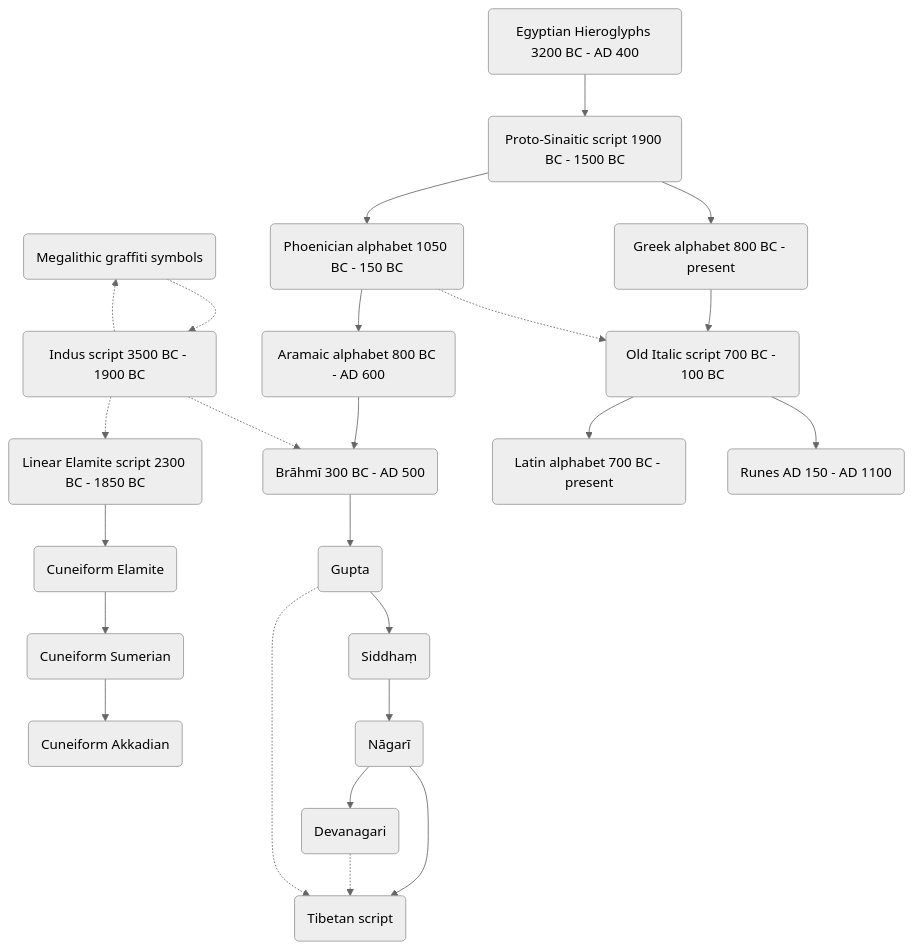
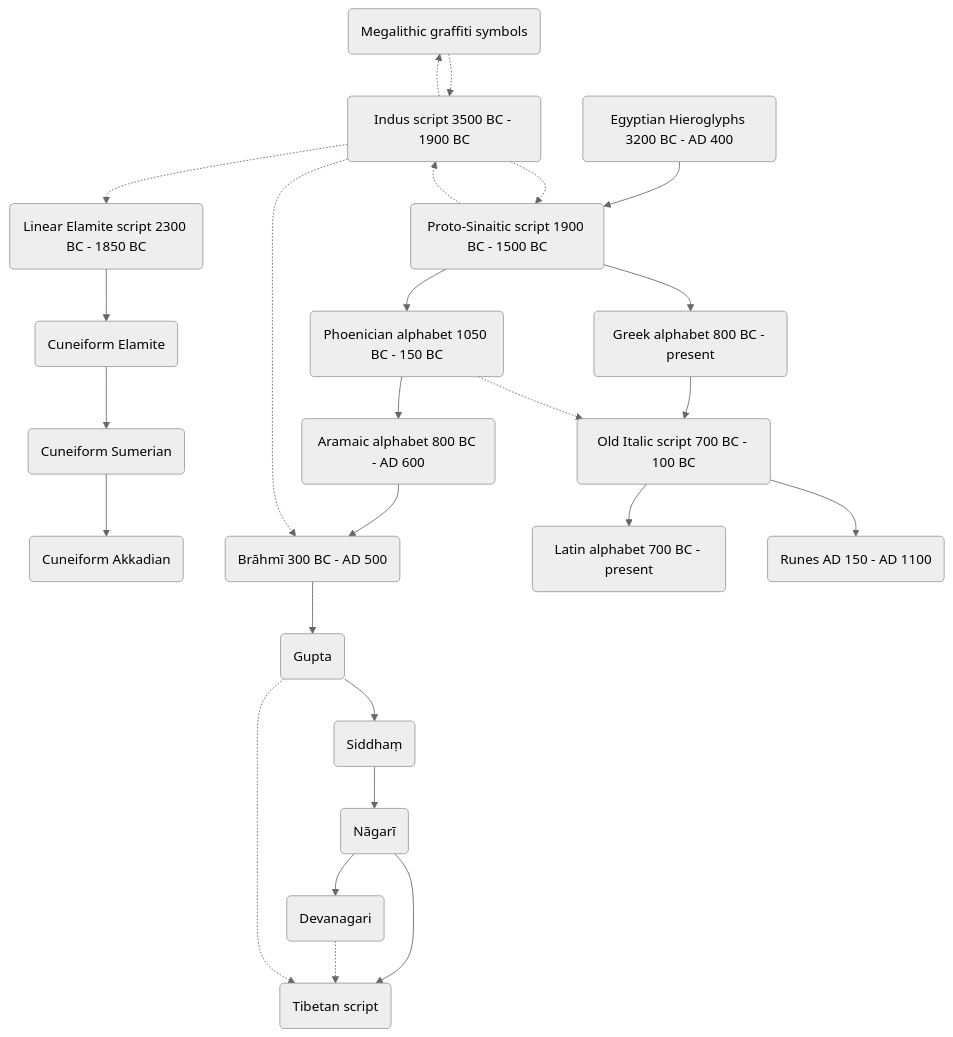
One commit to DigitalTibetan/DigitalTibetan changed the first of 4 diagrams in docs/tibetan_script_history.md. Above: the diagram before and after it, drawn with Mermaid (neutral theme). The commit also changed other lines of this file, not shown here.

````diff
--- a/docs/tibetan_script_history.md
+++ b/docs/tibetan_script_history.md
@@ -59,27 +68,29 @@
-```{mermaid}
+```mermaid
 graph TD;  
 BA(Megalithic graffiti symbols)-.->BB(Indus script 3500 BC - 1900 BC);
 
 CA(Linear Elamite script 2300 BC - 1850 BC)-->CB(Cuneiform Elamite);
 CB-->CD(Cuneiform Sumerian);
 CD-->CE(Cuneiform Akkadian);
 L0A(Egyptian Hieroglyphs 3200 BC - AD 400<br>)-->LA(Proto-Sinaitic script 1900 BC - 1500 BC);
 LA-->LB(Phoenician alphabet 1050 BC - 150 BC);
 LB-->LC(Aramaic alphabet 800 BC - AD 600);
 LC-->LD(Brāhmī 300 BC - AD 500);
 LD-->LE(Gupta);
 LE-->LF(Siddhaṃ);
 LF-->LG(Nāgarī);
 LG-->LH(Devanagari);
 LG-->LI;
 LH-.->LI(Tibetan script);
 LA-->LK(Greek alphabet 800 BC - present);
 LK-->LL(Old Italic script 700 BC - 100 BC);
 LL-->LM(Latin alphabet 700 BC - present);
 LL-->LN(Runes AD 150 - AD 1100);
 BB-.->LD;
 BB-.->BA;
 BB-.->CA;
 LB-.->LL;
 LE-.->LI;
+BB-.->LA;
+LA-.->BB;
 ```
````
